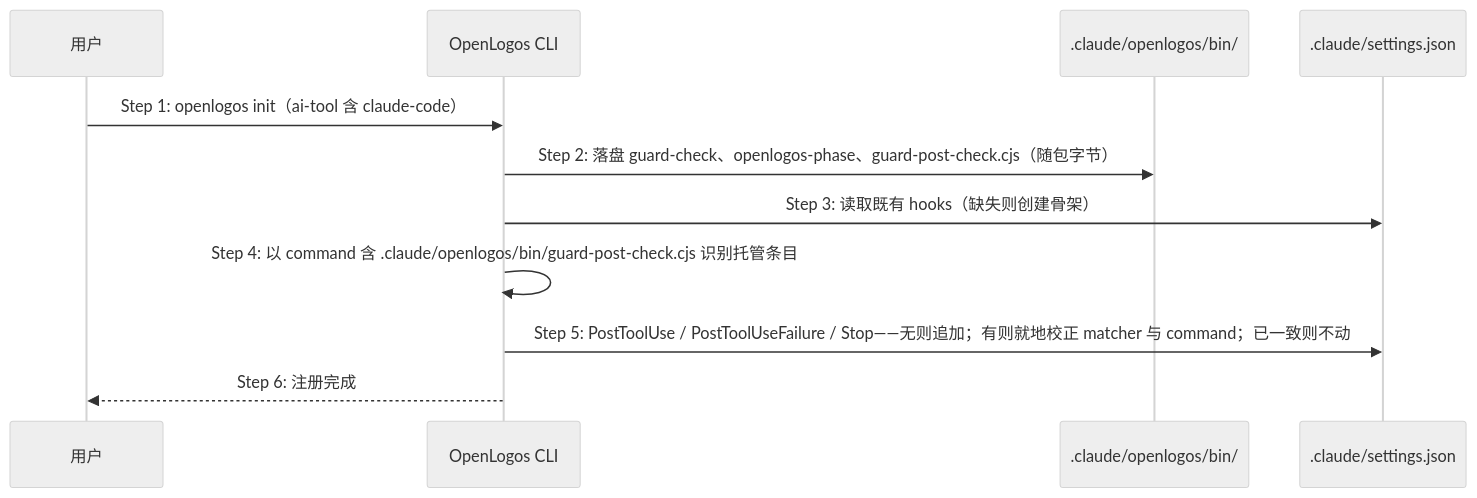
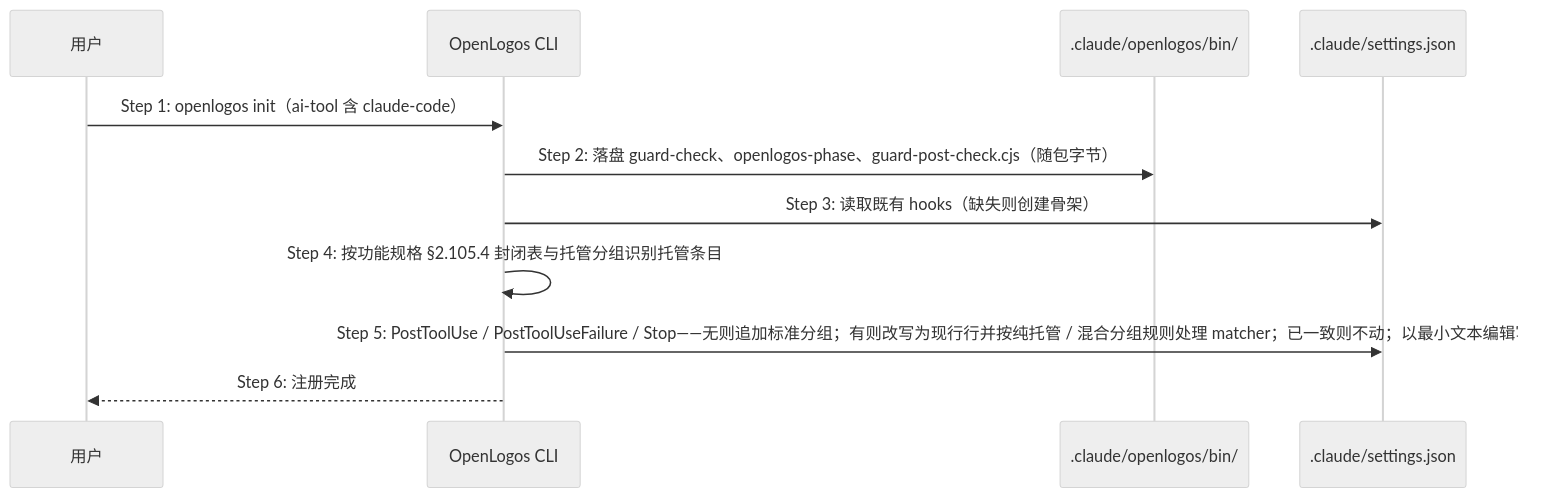
Diagram 12 of 13 in logos/resources/prd/3-technical-plan/2-scenario-implementation/core-S01-cli-init.md (miniidealab/openlogos), drawn with Mermaid (neutral theme) before and after one commit. The commit also changed other lines of this file and 41 other files, not shown here.

````diff
--- a/logos/resources/prd/3-technical-plan/2-scenario-implementation/core-S01-cli-init.md
+++ b/logos/resources/prd/3-technical-plan/2-scenario-implementation/core-S01-cli-init.md
@@ -659,13 +659,13 @@
 ```mermaid
 sequenceDiagram
     participant U as 用户
     participant C as OpenLogos CLI
     participant B as .claude/openlogos/bin/
     participant S as .claude/settings.json
     U->>C: Step 1: openlogos init（ai-tool 含 claude-code）
     C->>B: Step 2: 落盘 guard-check、openlogos-phase、guard-post-check.cjs（随包字节）
     C->>S: Step 3: 读取既有 hooks（缺失则创建骨架）
-    C->>C: Step 4: 以 command 含 .claude/openlogos/bin/guard-post-check.cjs 识别托管条目
-    C->>S: Step 5: PostToolUse / PostToolUseFailure / Stop——无则追加；有则就地校正 matcher 与 command；已一致则不动
+    C->>C: Step 4: 按功能规格 §2.105.4 封闭表与托管分组识别托管条目
+    C->>S: Step 5: PostToolUse / PostToolUseFailure / Stop——无则追加标准分组；有则改写为现行行并按纯托管 / 混合分组规则处理 matcher；已一致则不动；以最小文本编辑写回
     C-->>U: Step 6: 注册完成
 ```
````
